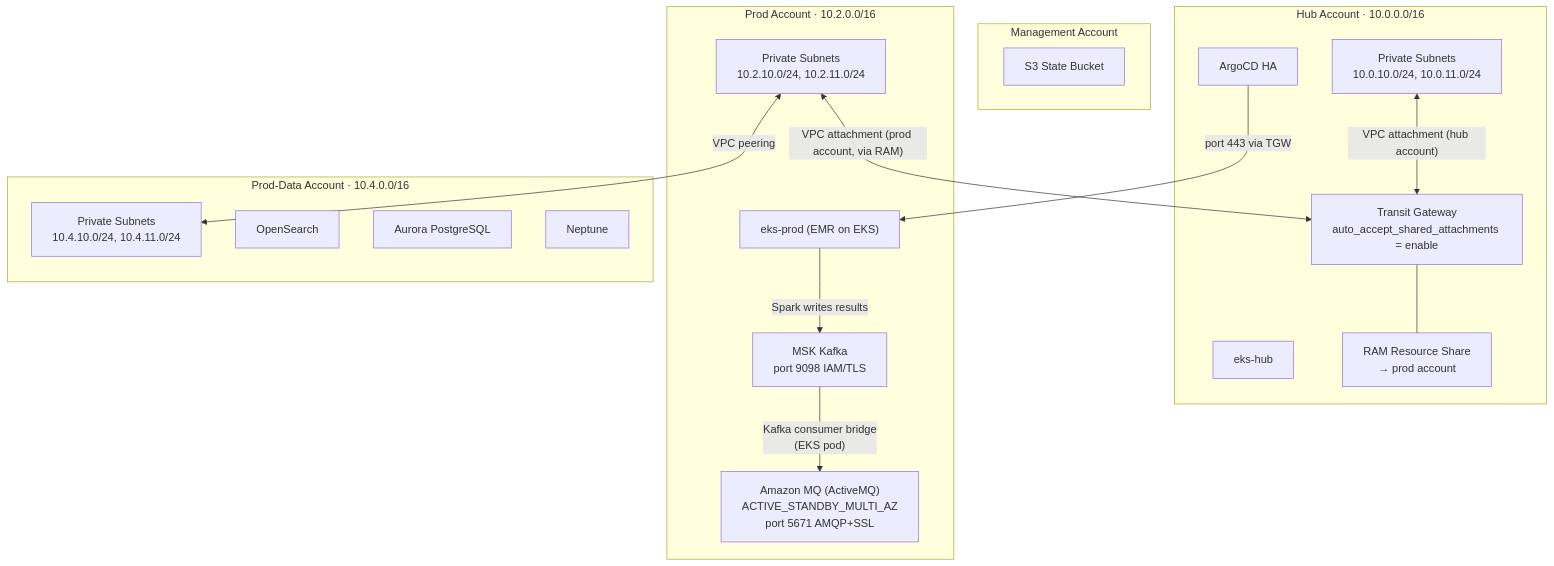
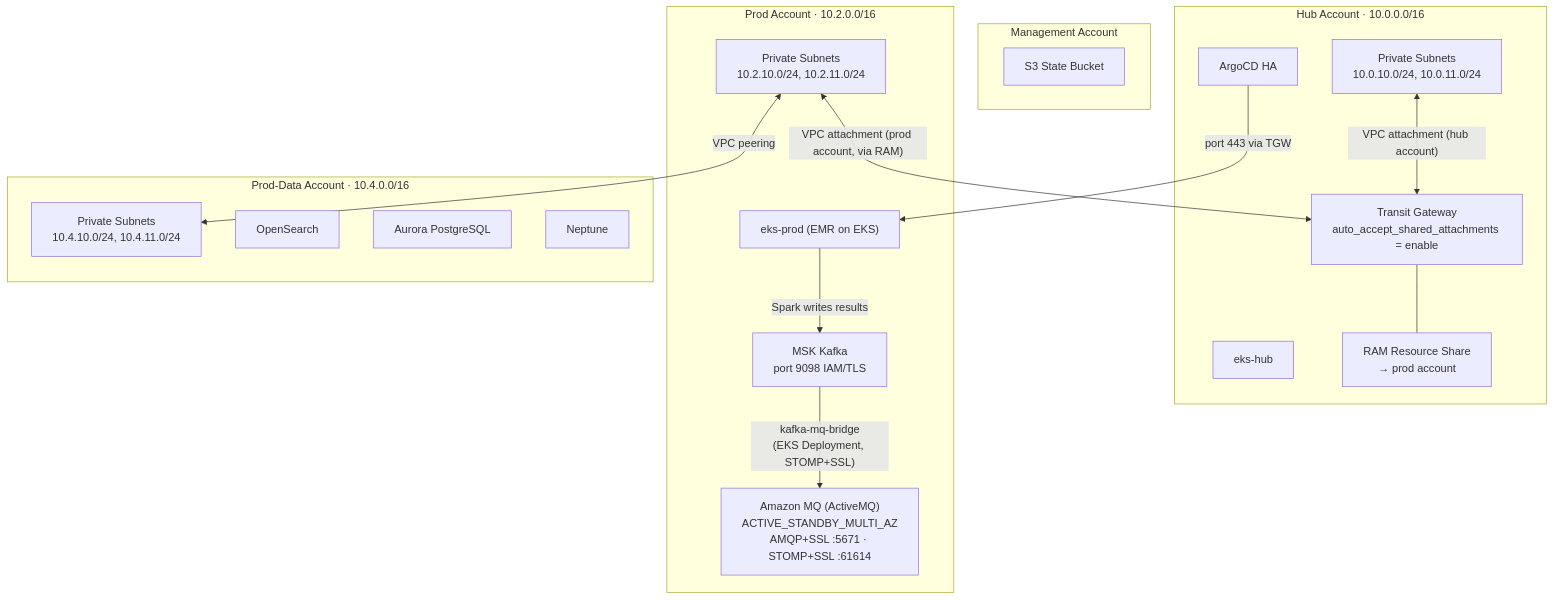
One commit to paragch/eks-hub-spoke changed the fourth of 14 diagrams in docs/low-level-design.md. Above: the diagram before and after it, drawn with Mermaid. The commit also changed other lines of this file and 16 other files, not shown here.

````diff
--- a/docs/low-level-design.md
+++ b/docs/low-level-design.md
@@ -139,38 +140,38 @@
 ```mermaid
 graph TB
   subgraph mgmt_acc["Management Account"]
     S3_BOX["S3 State Bucket"]
   end
 
   subgraph hub_acc["Hub Account · 10.0.0.0/16"]
     HUB_PRI["Private Subnets<br/>10.0.10.0/24, 10.0.11.0/24"]
     HUB_EKS["eks-hub"]
     ARGOCD["ArgoCD HA"]
     TGW_BOX["Transit Gateway<br/>auto_accept_shared_attachments = enable"]
     RAM_BOX["RAM Resource Share<br/>→ prod account"]
     TGW_BOX --- RAM_BOX
   end
 
   subgraph prod_acc["Prod Account · 10.2.0.0/16"]
     PROD_PRI["Private Subnets<br/>10.2.10.0/24, 10.2.11.0/24"]
     PROD_EKS["eks-prod (EMR on EKS)"]
     PROD_MSK["MSK Kafka<br/>port 9098 IAM/TLS"]
-    PROD_MQ["Amazon MQ (ActiveMQ)<br/>ACTIVE_STANDBY_MULTI_AZ<br/>port 5671 AMQP+SSL"]
+    PROD_MQ["Amazon MQ (ActiveMQ)<br/>ACTIVE_STANDBY_MULTI_AZ<br/>AMQP+SSL :5671 · STOMP+SSL :61614"]
     PROD_EKS -->|"Spark writes results"| PROD_MSK
-    PROD_MSK -->|"Kafka consumer bridge<br/>(EKS pod)"| PROD_MQ
+    PROD_MSK -->|"kafka-mq-bridge<br/>(EKS Deployment, STOMP+SSL)"| PROD_MQ
   end
 
   subgraph prod_data_acc["Prod-Data Account · 10.4.0.0/16"]
     PDDATA_PRI["Private Subnets<br/>10.4.10.0/24, 10.4.11.0/24"]
     OS["OpenSearch"]
     AURORA["Aurora PostgreSQL"]
     NEPTUNE["Neptune"]
   end
 
   HUB_PRI  <-->|"VPC attachment (hub account)"| TGW_BOX
   PROD_PRI <-->|"VPC attachment (prod account, via RAM)"| TGW_BOX
 
   ARGOCD -->|"port 443 via TGW"| PROD_EKS
 
   PROD_PRI <-->|"VPC peering"| PDDATA_PRI
 ```
````
